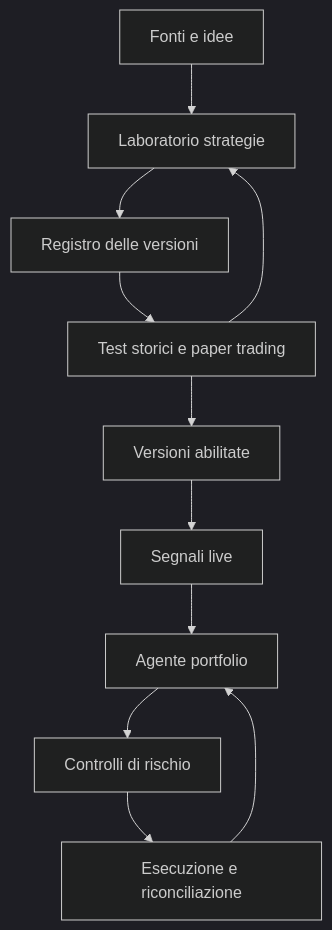
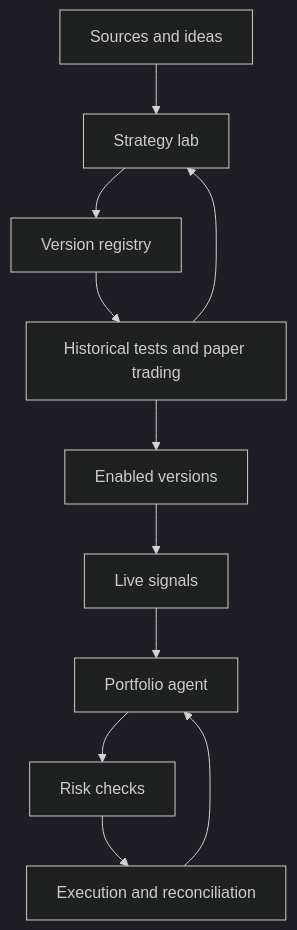
One commit to JKGiova/stratosphere changed the diagram in docs/architecture.md. Above: the diagram before and after it, drawn with Mermaid (dark theme). The commit also changed other lines of this file and 8 other files, not shown here.

````diff
--- a/docs/architecture.md
+++ b/docs/architecture.md
@@ -7,13 +7,13 @@
 ```mermaid
 flowchart TD
-    A["Fonti e idee"] --> B["Laboratorio strategie"]
-    B --> C["Registro delle versioni"]
-    C --> D["Test storici e paper trading"]
+    A["Sources and ideas"] --> B["Strategy lab"]
+    B --> C["Version registry"]
+    C --> D["Historical tests and paper trading"]
     D --> B
-    D --> E["Versioni abilitate"]
-    E --> F["Segnali live"]
-    F --> G["Agente portfolio"]
-    G --> H["Controlli di rischio"]
-    H --> I["Esecuzione e riconciliazione"]
+    D --> E["Enabled versions"]
+    E --> F["Live signals"]
+    F --> G["Portfolio agent"]
+    G --> H["Risk checks"]
+    H --> I["Execution and reconciliation"]
     I --> G
 ```
````
